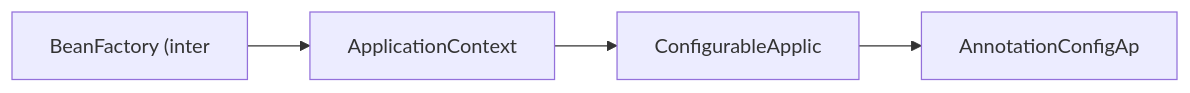
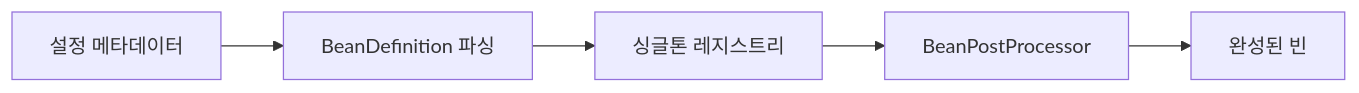
The second of 8 diagrams in _posts/spring/2026-05-02-spring-core-basic.md (yjkim2015/yjkim2015.github.io), drawn with Mermaid before and after one commit. The commit also changed other lines of this file and 4 other files, not shown here.

````diff
--- a/_posts/spring/2026-05-02-spring-core-basic.md
+++ b/_posts/spring/2026-05-02-spring-core-basic.md
@@ -111,8 +82,7 @@
 ```mermaid
 graph LR
-    A["BeanFactory (inter"]
-    B["ApplicationContext"]
-    C["ConfigurableApplic"]
-    D["AnnotationConfigAp"]
-    A --> B --> C --> D
+    A["설정 메타데이터"] --> B["BeanDefinition 파싱"]
+    B --> C["싱글톤 레지스트리"]
+    C --> D["BeanPostProcessor"]
+    D --> E["완성된 빈"]
 ```
````
